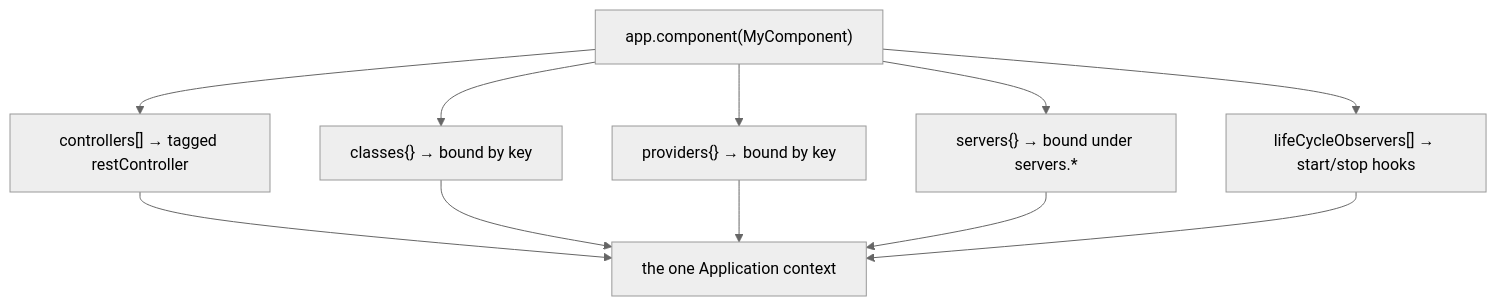
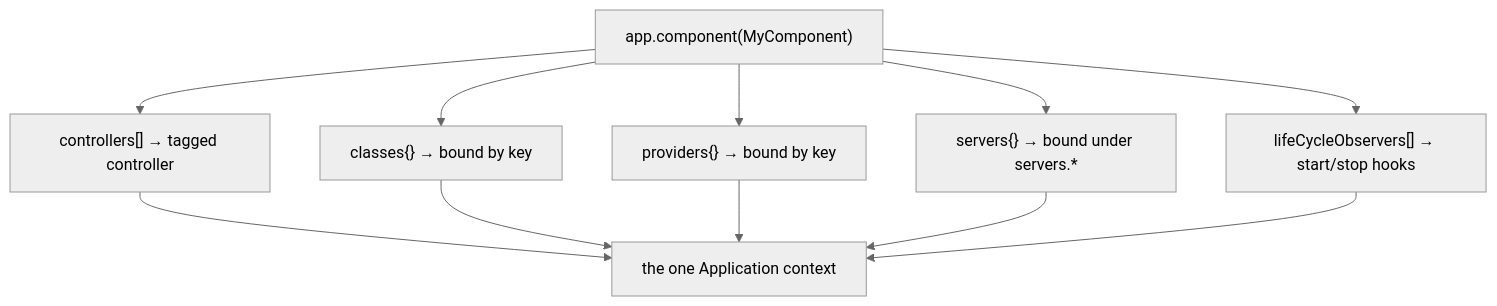
Before and after one commit to ninemindai/agentback: the diagram in docs/concepts/components-servers-lifecycle.md, drawn with Mermaid (neutral theme). The commit also changed other lines of this file and 17 other files, not shown here.

````diff
--- a/docs/concepts/components-servers-lifecycle.md
+++ b/docs/concepts/components-servers-lifecycle.md
@@ -39,10 +39,10 @@
 ```mermaid
 graph TD
   C["app.component(MyComponent)"]
-  C --> ctl["controllers[] → tagged restController"]
+  C --> ctl["controllers[] → tagged controller"]
   C --> cls["classes{} → bound by key"]
   C --> prov["providers{} → bound by key"]
   C --> srv["servers{} → bound under servers.*"]
   C --> obs["lifeCycleObservers[] → start/stop hooks"]
   ctl & cls & prov & srv & obs --> App["the one Application context"]
 ```
````
